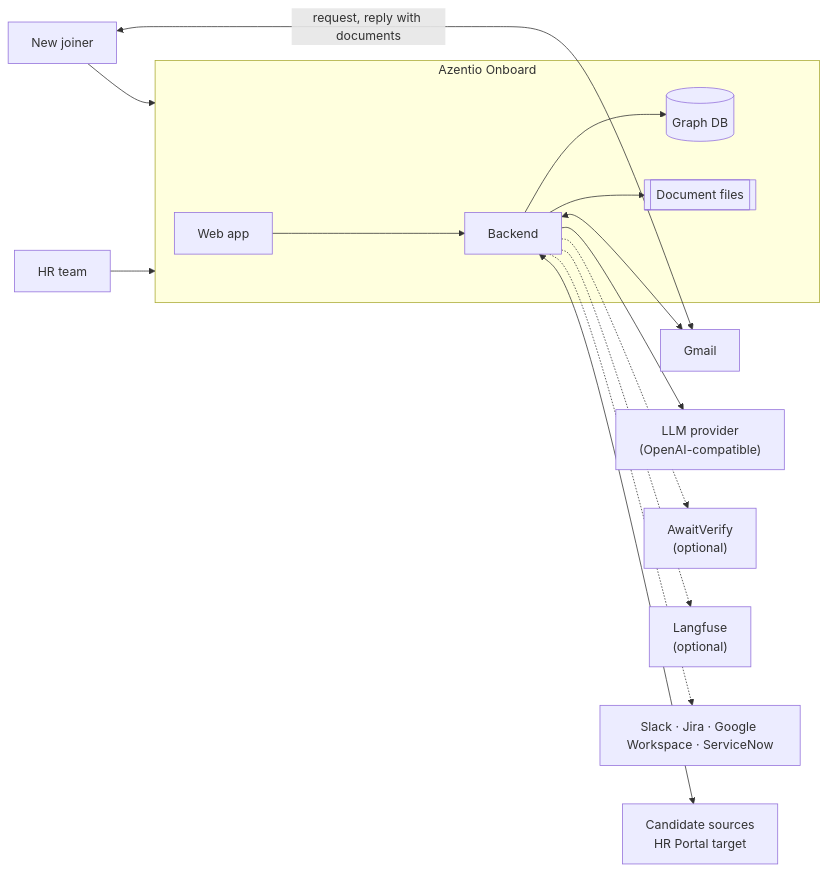
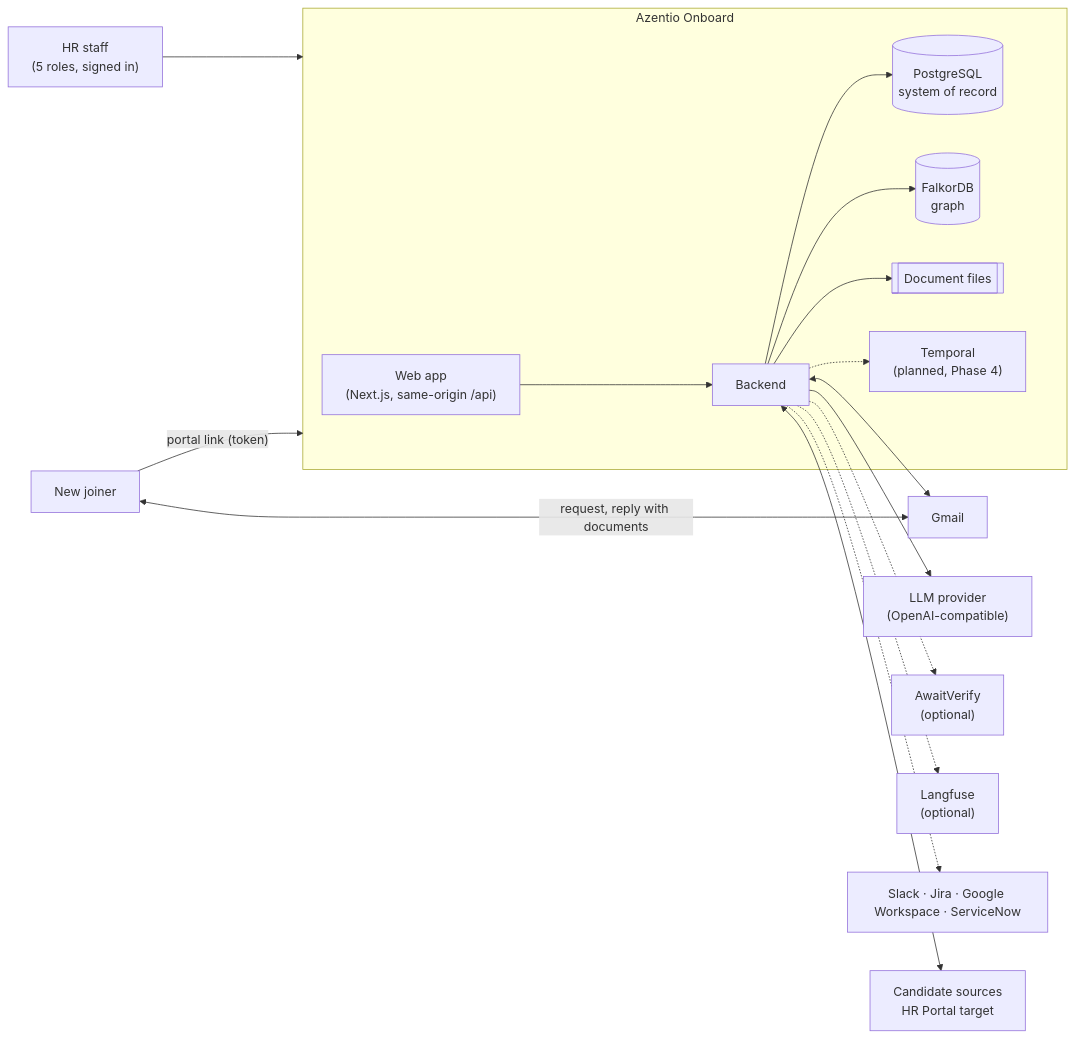
Before and after one commit to Prateek1771/azentio-hr: the first of 2 diagrams in docs/hld.md, drawn with Mermaid. The commit also changed other lines of this file and 5 other files, not shown here.

First line of the commit message:
docs: bring HLD, LLD and architecture docs up to date with Phase 0

````diff
--- a/docs/hld.md
+++ b/docs/hld.md
@@ -32,17 +46,19 @@
 ```mermaid
 flowchart LR
-    HR["HR team"] --> APP
-    J["New joiner"] --> APP
+    STAFF["HR staff<br/>(5 roles, signed in)"] --> APP
+    J["New joiner"] -->|"portal link (token)"| APP
     J <-->|"request, reply with documents"| GM["Gmail"]
     subgraph APP["Azentio Onboard"]
-        FE["Web app"] --> BE["Backend"]
-        BE --> DB[("Graph DB")]
+        FE["Web app<br/>(Next.js, same-origin /api)"] --> BE["Backend"]
+        BE --> PG[("PostgreSQL<br/>system of record")]
+        BE --> DB[("FalkorDB<br/>graph")]
         BE --> FS[["Document files"]]
+        BE -.-> TP["Temporal<br/>(planned, Phase 4)"]
     end
     BE <--> GM
     BE --> LLM["LLM provider<br/>(OpenAI-compatible)"]
     BE -.-> AV["AwaitVerify<br/>(optional)"]
     BE -.-> LF["Langfuse<br/>(optional)"]
     BE -.-> APPS["Slack · Jira · Google Workspace · ServiceNow"]
     BE <--> HRIS["Candidate sources<br/>HR Portal target"]
 ```
````
